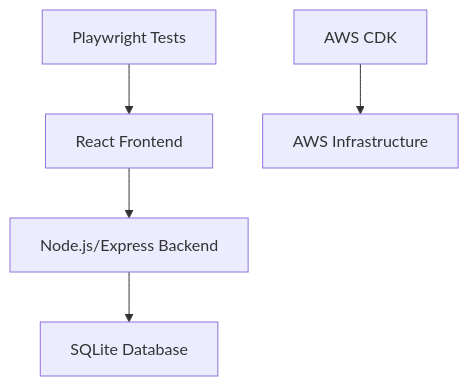
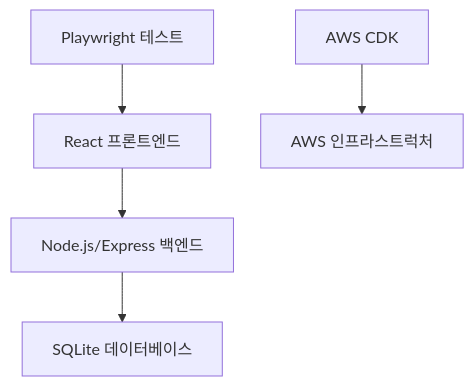
Before and after one commit to rygh4775/q-social: the diagram in workshop_specs/design.md, drawn with Mermaid. The commit also changed other lines of this file, not shown here.

````diff
--- a/workshop_specs/design.md
+++ b/workshop_specs/design.md
@@ -10,7 +10,7 @@
 ```mermaid
 graph TB
-    A[React Frontend] --> B[Node.js/Express Backend]
-    B --> C[SQLite Database]
-    D[Playwright Tests] --> A
-    E[AWS CDK] --> F[AWS Infrastructure]
+    A[React 프론트엔드] --> B[Node.js/Express 백엔드]
+    B --> C[SQLite 데이터베이스]
+    D[Playwright 테스트] --> A
+    E[AWS CDK] --> F[AWS 인프라스트럭처]
 ```
````
